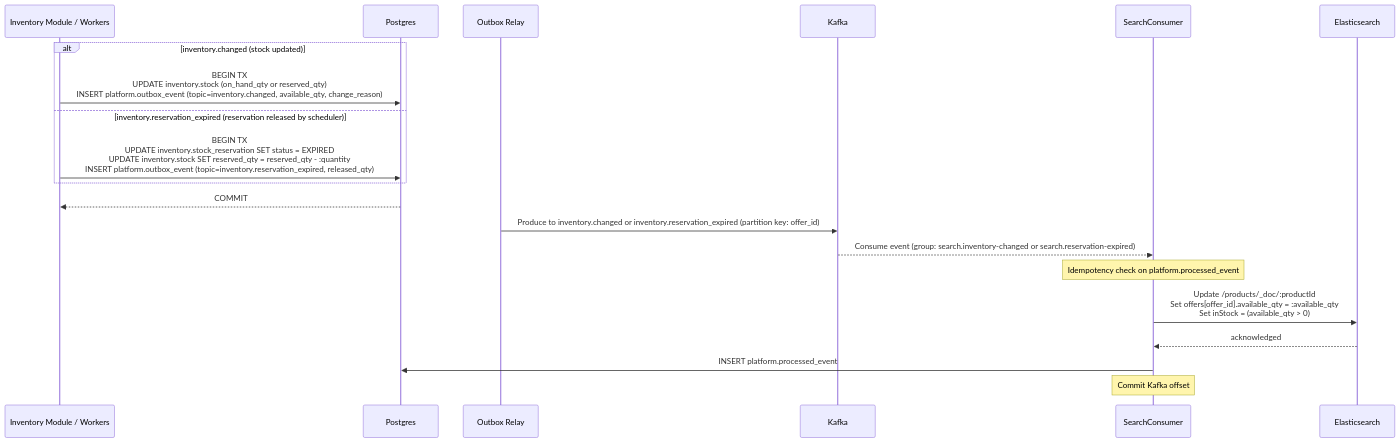
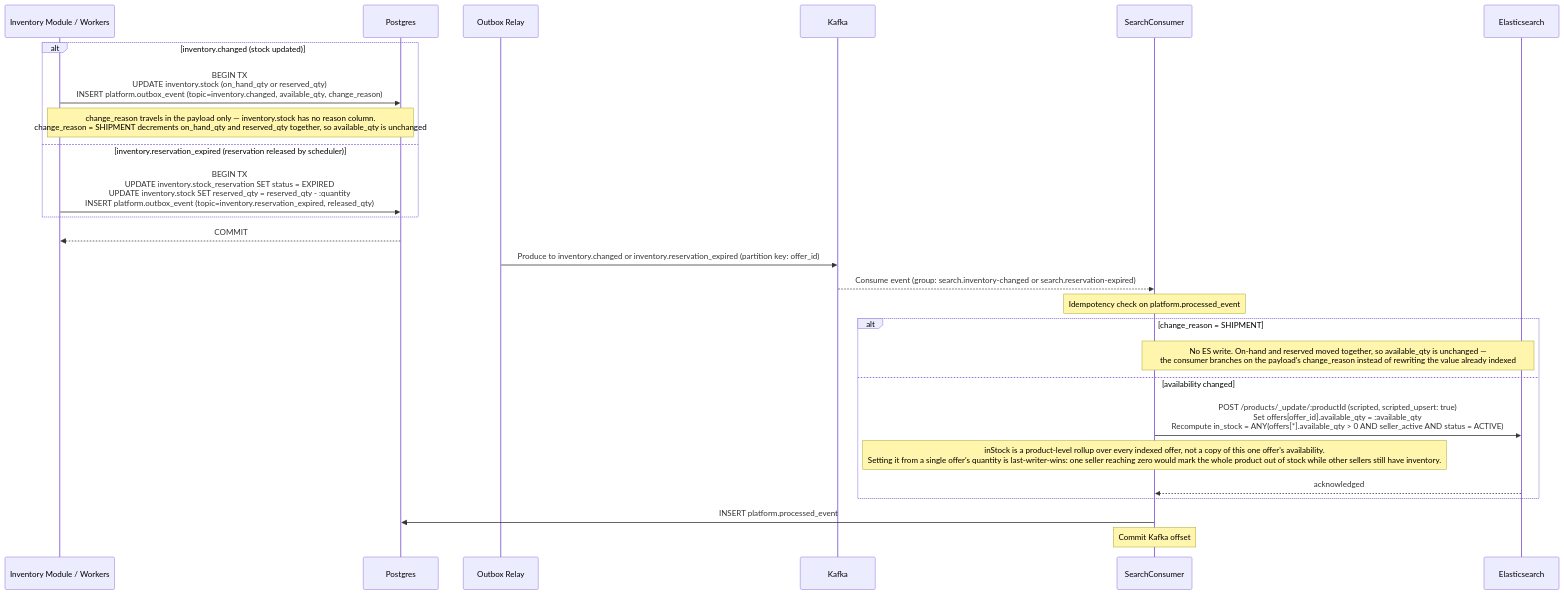
One commit to alisa-uthi/aliceut-ecom-document changed the fourth of 8 diagrams in phase-1/technical-design/api-design/search.md. Above: the diagram before and after it, drawn with Mermaid. The commit also changed other lines of this file and 73 other files, not shown here.

````diff
--- a/phase-1/technical-design/api-design/search.md
+++ b/phase-1/technical-design/api-design/search.md
@@ -223,25 +367,31 @@
 ```mermaid
 sequenceDiagram
     participant Inventory as Inventory Module / Workers
     participant Postgres
     participant Relay as Outbox Relay
     participant Kafka
     participant Consumer as SearchConsumer
     participant ES as Elasticsearch
 
     alt inventory.changed (stock updated)
         Inventory->>Postgres: BEGIN TX<br/>UPDATE inventory.stock (on_hand_qty or reserved_qty)<br/>INSERT platform.outbox_event (topic=inventory.changed, available_qty, change_reason)
+        Note over Inventory,Postgres: change_reason travels in the payload only — inventory.stock has no reason column.<br/>change_reason = SHIPMENT decrements on_hand_qty and reserved_qty together, so available_qty is unchanged
     else inventory.reservation_expired (reservation released by scheduler)
         Inventory->>Postgres: BEGIN TX<br/>UPDATE inventory.stock_reservation SET status = EXPIRED<br/>UPDATE inventory.stock SET reserved_qty = reserved_qty - :quantity<br/>INSERT platform.outbox_event (topic=inventory.reservation_expired, released_qty)
     end
     Postgres-->>Inventory: COMMIT
 
     Relay->>Kafka: Produce to inventory.changed or inventory.reservation_expired (partition key: offer_id)
 
     Kafka-->>Consumer: Consume event (group: search.inventory-changed or search.reservation-expired)
     Note over Consumer: Idempotency check on platform.processed_event
-    Consumer->>ES: Update /products/_doc/:productId<br/>Set offers[offer_id].available_qty = :available_qty<br/>Set inStock = (available_qty > 0)
-    ES-->>Consumer: acknowledged
+    alt change_reason = SHIPMENT
+        Note over Consumer,ES: No ES write. On-hand and reserved moved together, so available_qty is unchanged —<br/>the consumer branches on the payload's change_reason instead of rewriting the value already indexed
+    else availability changed
+        Consumer->>ES: POST /products/_update/:productId (scripted, scripted_upsert: true)<br/>Set offers[offer_id].available_qty = :available_qty<br/>Recompute in_stock = ANY(offers[*].available_qty > 0 AND seller_active AND status = ACTIVE)
+        Note over Consumer: inStock is a product-level rollup over every indexed offer, not a copy of this one offer's availability.<br/>Setting it from a single offer's quantity is last-writer-wins: one seller reaching zero would mark the whole product out of stock while other sellers still have inventory.
+        ES-->>Consumer: acknowledged
+    end
     Consumer->>Postgres: INSERT platform.processed_event
     Note over Consumer: Commit Kafka offset
 ```
````
